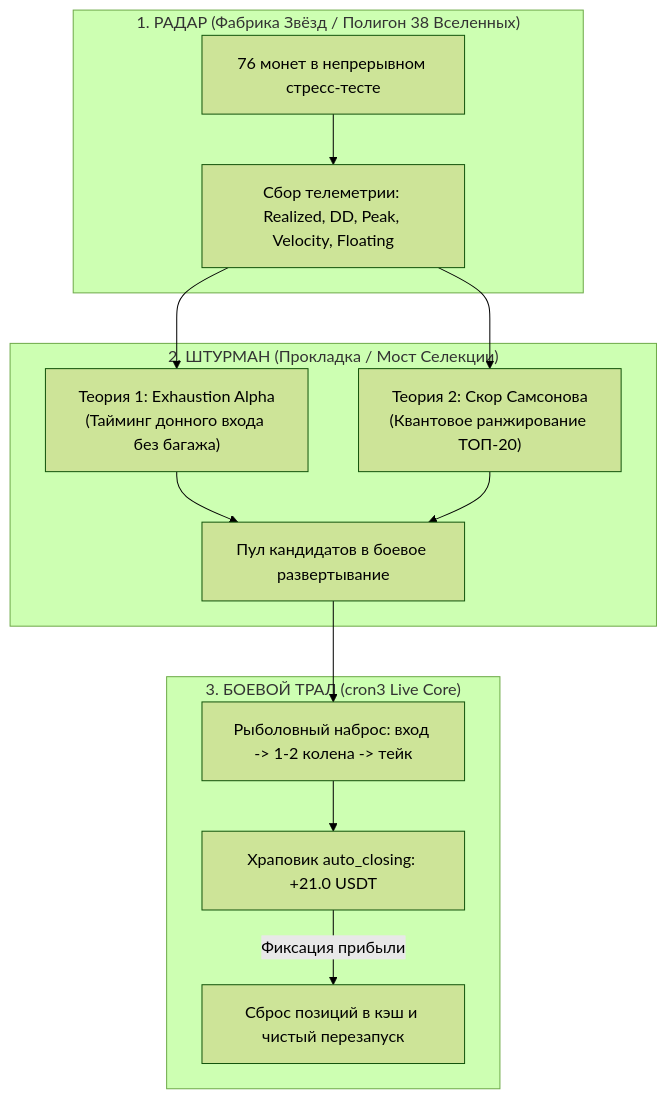
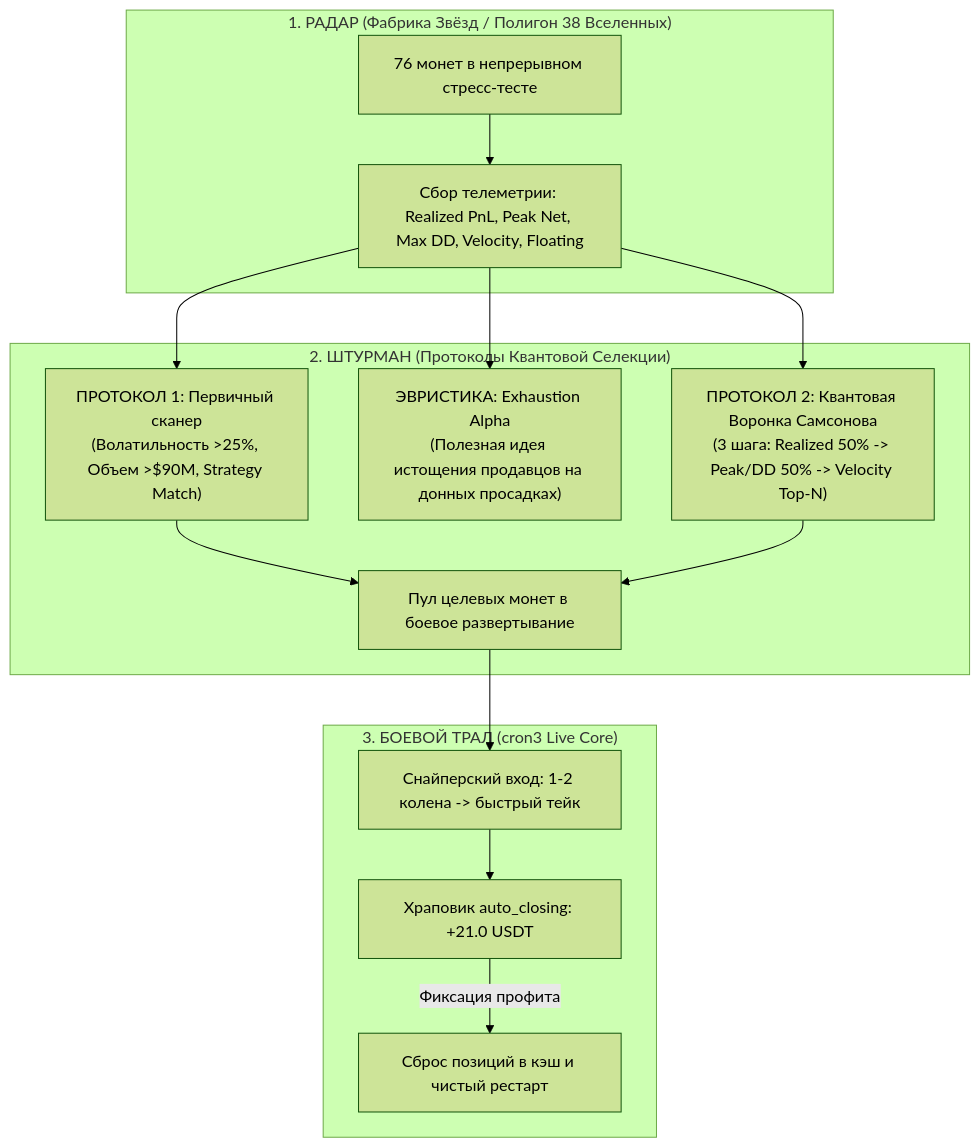
Before and after one commit to hotelUpz77745/cron3: the first of 3 diagrams in COIN_SELECTION_THEORIES.md, drawn with Mermaid (forest theme). The commit also changed other lines of this file and 18 other files, not shown here.

````diff
--- a/COIN_SELECTION_THEORIES.md
+++ b/COIN_SELECTION_THEORIES.md
@@ -15,18 +15,19 @@
 ```mermaid
 graph TD
     subgraph "1. РАДАР (Фабрика Звёзд / Полигон 38 Вселенных)"
-        P["76 монет в непрерывном стресс-тесте"] --> L["Сбор телеметрии: Realized, DD, Peak, Velocity, Floating"]
+        P["76 монет в непрерывном стресс-тесте"] --> L["Сбор телеметрии: Realized PnL, Peak Net, Max DD, Velocity, Floating"]
     end
 
-    subgraph "2. ШТУРМАН (Прокладка / Мост Селекции)"
-        L --> T1["Теория 1: Exhaustion Alpha<br/>(Тайминг донного входа без багажа)"]
-        L --> T2["Теория 2: Скор Самсонова<br/>(Квантовое ранжирование ТОП-20)"]
-        T1 & T2 --> F["Пул кандидатов в боевое развертывание"]
+    subgraph "2. ШТУРМАН (Протоколы Квантовой Селекции)"
+        L --> P1["ПРОТОКОЛ 1: Первичный сканер<br/>(Волатильность >25%, Объем >$90M, Strategy Match)"]
+        L --> H1["ЭВРИСТИКА: Exhaustion Alpha<br/>(Полезная идея истощения продавцов на донных просадках)"]
+        L --> P2["ПРОТОКОЛ 2: Квантовая Воронка Самсонова<br/>(3 шага: Realized 50% -> Peak/DD 50% -> Velocity Top-N)"]
+        P1 & P2 --> F["Пул целевых монет в боевое развертывание"]
     end
 
     subgraph "3. БОЕВОЙ ТРАЛ (cron3 Live Core)"
-        F --> B["Рыболовный наброс: вход -> 1-2 колена -> тейк"]
+        F --> B["Снайперский вход: 1-2 колена -> быстрый тейк"]
         B --> R["Храповик auto_closing: +21.0 USDT"]
-        R -->|"Фиксация прибыли"| S["Сброс позиций в кэш и чистый перезапуск"]
+        R -->|"Фиксация профита"| S["Сброс позиций в кэш и чистый рестарт"]
     end
 ```
````
